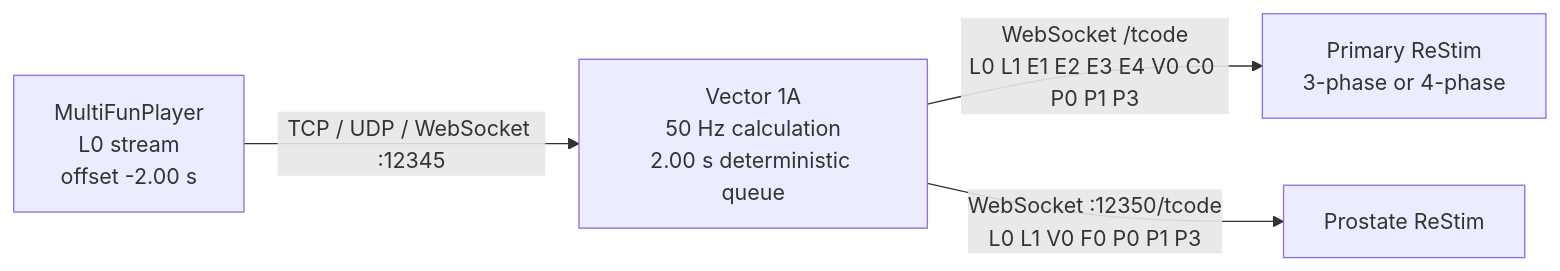
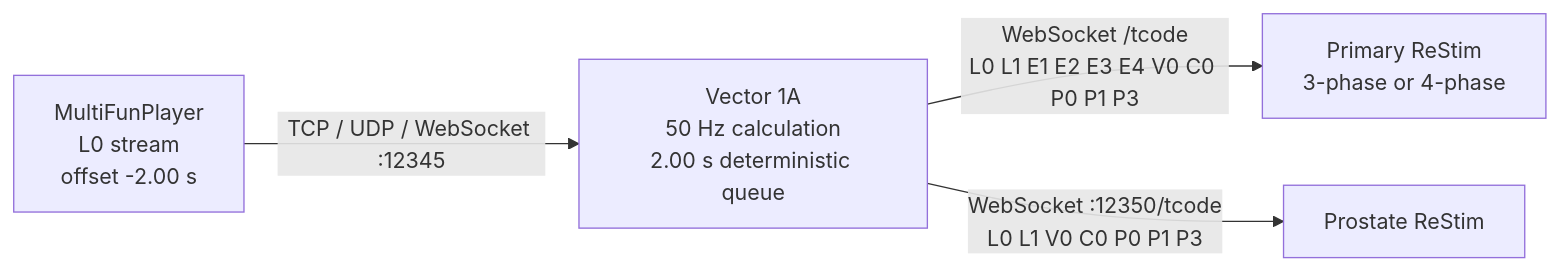
The diagram in README.md (Nephet2/restim-vector-live), drawn with Mermaid before and after one commit. The commit also changed other lines of this file and 3 other files, not shown here.

````diff
--- a/README.md
+++ b/README.md
@@ -45,6 +47,6 @@
 ```mermaid
 flowchart LR
     MFP["MultiFunPlayer<br/>L0 stream<br/>offset -2.00 s"] -->|"TCP / UDP / WebSocket :12345"| V["Vector 1A<br/>50 Hz calculation<br/>2.00 s deterministic queue"]
     V -->|"WebSocket /tcode<br/>L0 L1 E1 E2 E3 E4 V0 C0 P0 P1 P3"| R1["Primary ReStim<br/>3-phase or 4-phase"]
-    V -->|"WebSocket :12350/tcode<br/>L0 L1 V0 F0 P0 P1 P3"| R2["Prostate ReStim"]
+    V -->|"WebSocket :12350/tcode<br/>L0 L1 V0 C0 P0 P1 P3"| R2["Prostate ReStim"]
 ```
````
